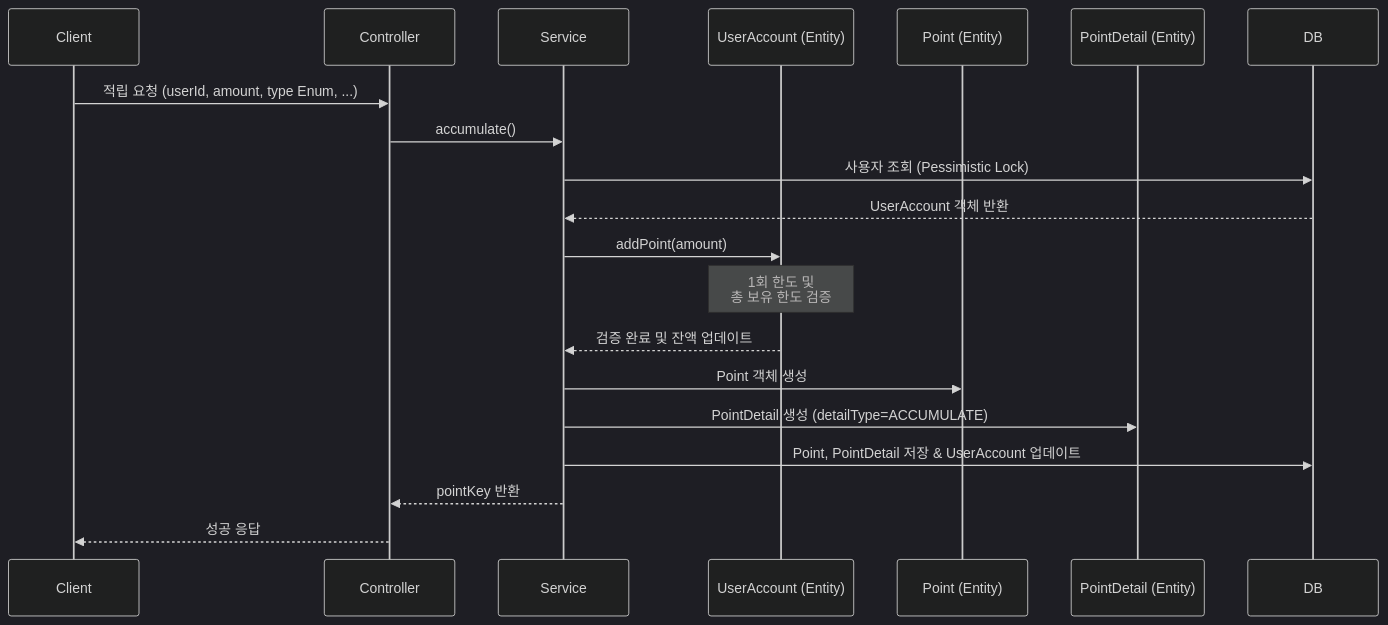
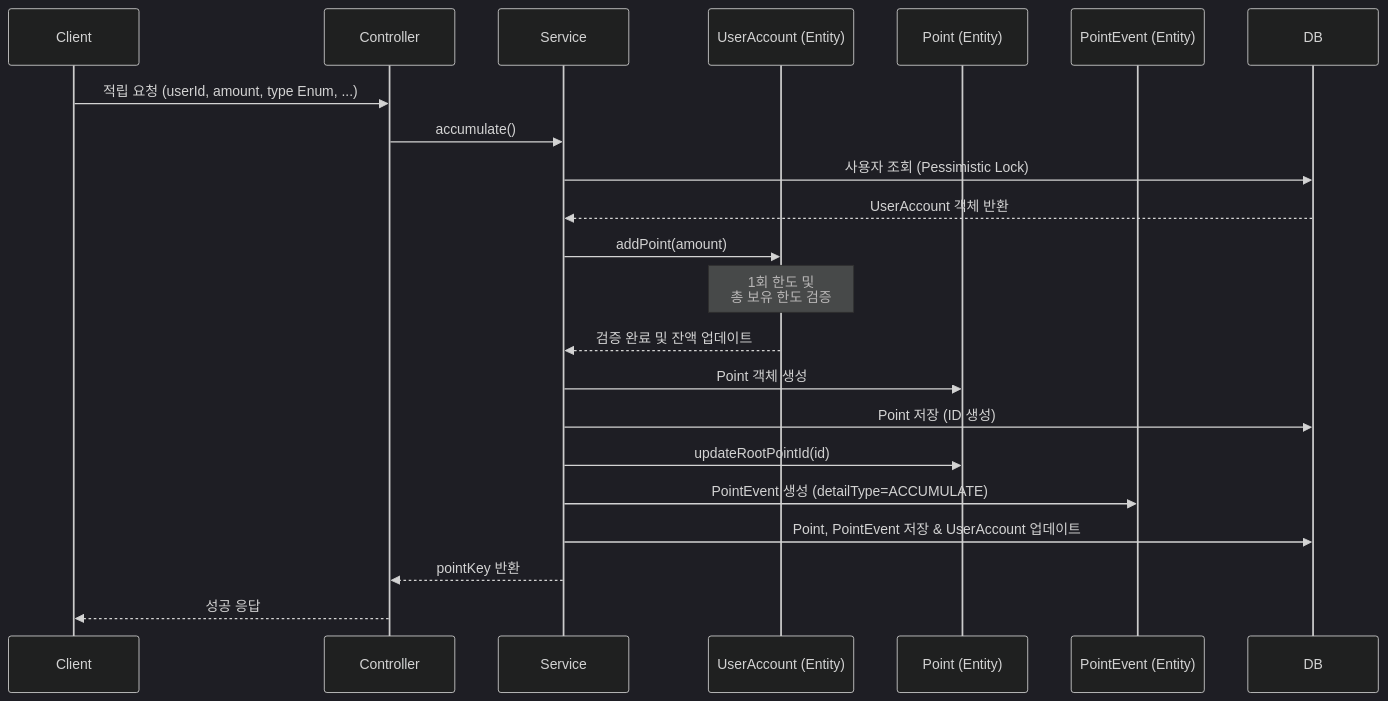
The diagram in docs/api/적립.md (muzzaiwork/point), drawn with Mermaid (dark theme) before and after one commit. The commit also changed 15 other files, not shown here.

Commit message:
PointEvent 도입 및 rootPointId 추가 등 설계 변경 사항 반영

````diff
--- a/docs/api/적립.md
+++ b/docs/api/적립.md
@@ -60,24 +60,26 @@
 ```mermaid
 sequenceDiagram
     participant Client
     participant Controller
     participant Service
     participant UserAccountEntity as UserAccount (Entity)
     participant PointEntity as Point (Entity)
-    participant DetailEntity as PointDetail (Entity)
+    participant EventEntity as PointEvent (Entity)
     participant DB as DB
 
     Client->>Controller: 적립 요청 (userId, amount, type Enum, ...)
     Controller->>Service: accumulate()
     Service->>DB: 사용자 조회 (Pessimistic Lock)
     DB-->>Service: UserAccount 객체 반환
     Service->>UserAccountEntity: addPoint(amount)
     Note over UserAccountEntity: 1회 한도 및<br/>총 보유 한도 검증
     UserAccountEntity-->>Service: 검증 완료 및 잔액 업데이트
     
     Service->>PointEntity: Point 객체 생성
-    Service->>DetailEntity: PointDetail 생성 (detailType=ACCUMULATE)
-    Service->>DB: Point, PointDetail 저장 & UserAccount 업데이트
+    Service->>DB: Point 저장 (ID 생성)
+    Service->>PointEntity: updateRootPointId(id)
+    Service->>EventEntity: PointEvent 생성 (detailType=ACCUMULATE)
+    Service->>DB: Point, PointEvent 저장 & UserAccount 업데이트
     Service-->>Controller: pointKey 반환
     Controller-->>Client: 성공 응답
 ```
````
